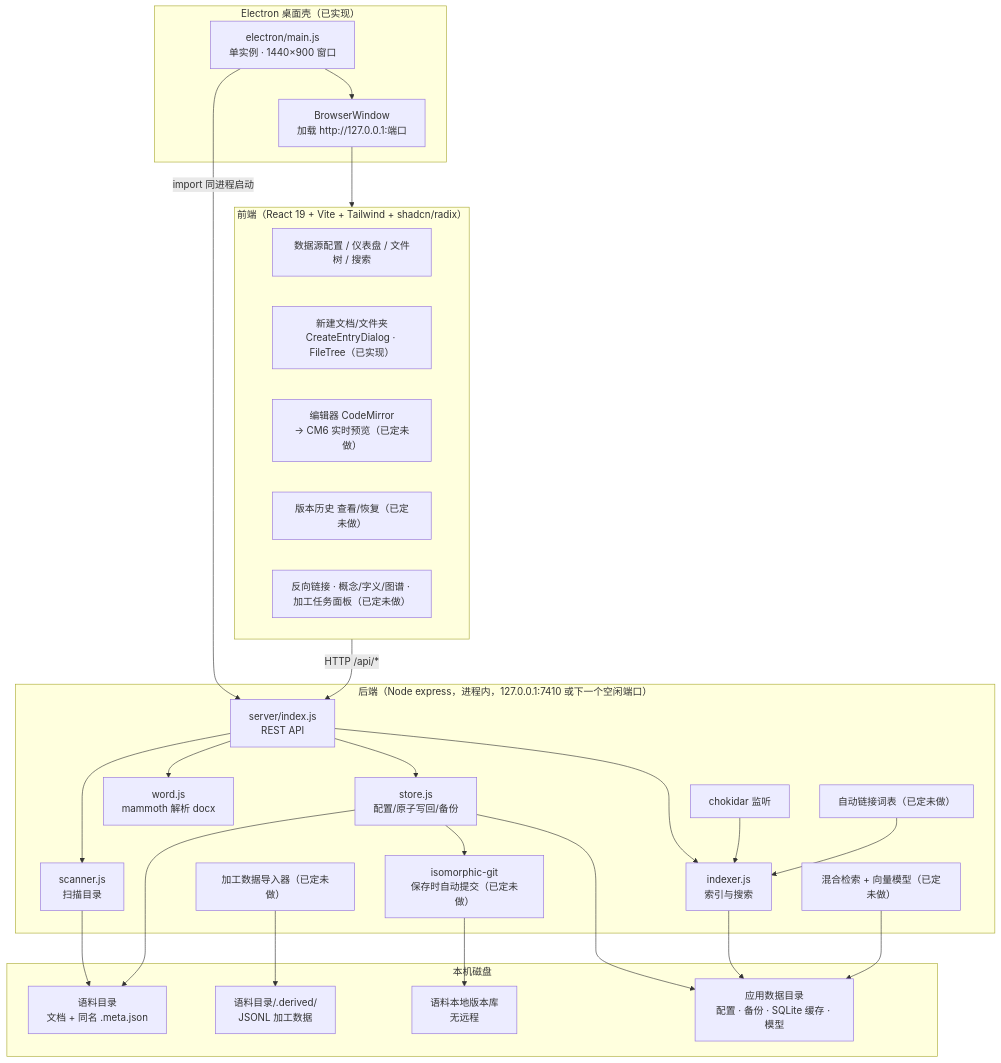
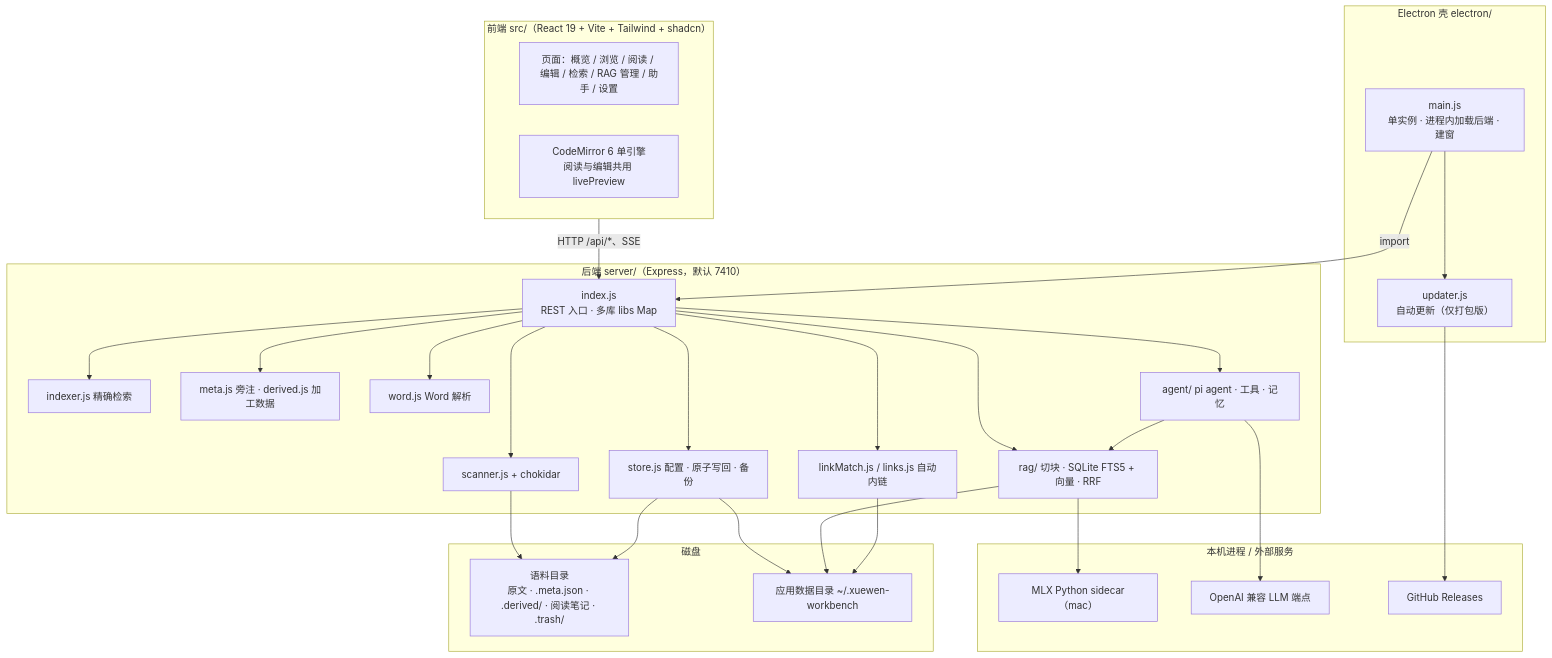
One commit to misakaikato/xuewen-workbench changed the diagram in docs/ARCHITECTURE.md. Above: the diagram before and after it, drawn with Mermaid. The commit also changed other lines of this file and 2 other files, not shown here.

````diff
--- a/docs/ARCHITECTURE.md
+++ b/docs/ARCHITECTURE.md
@@ -35,51 +45,48 @@
 ```mermaid
 flowchart TB
-  subgraph Electron["Electron 桌面壳（已实现）"]
-    Main["electron/main.js<br/>单实例 · 1440×900 窗口"]
-    Win["BrowserWindow<br/>加载 http://127.0.0.1:端口"]
+  subgraph Electron["Electron 壳 electron/"]
+    Main["main.js<br/>单实例 · 进程内加载后端 · 建窗"]
+    Upd["updater.js<br/>自动更新（仅打包版）"]
   end
 
-  subgraph FE["前端（React 19 + Vite + Tailwind + shadcn/radix）"]
-    UI["数据源配置 / 仪表盘 / 文件树 / 搜索"]
-    Create["新建文档/文件夹<br/>CreateEntryDialog · FileTree（已实现）"]
-    Editor["编辑器 CodeMirror<br/>→ CM6 实时预览（已定未做）"]
-    History["版本历史 查看/恢复（已定未做）"]
-    Panels["反向链接 · 概念/字义/图谱 · 加工任务面板（已定未做）"]
+  subgraph FE["前端 src/（React 19 + Vite + Tailwind + shadcn）"]
+    Pages["页面：概览 / 浏览 / 阅读 / 编辑 / 检索 / RAG 管理 / 助手 / 设置"]
+    CM["CodeMirror 6 单引擎<br/>阅读与编辑共用 livePreview"]
   end
 
-  subgraph BE["后端（Node express，进程内，127.0.0.1:7410 或下一个空闲端口）"]
-    API["server/index.js<br/>REST API"]
-    Scanner["scanner.js<br/>扫描目录"]
-    Indexer["indexer.js<br/>索引与搜索"]
-    Store["store.js<br/>配置/原子写回/备份"]
-    Word["word.js<br/>mammoth 解析 docx"]
-    Watch["chokidar 监听"]
-    RAG["混合检索 + 向量模型（已定未做）"]
-    Links["自动链接词表（已定未做）"]
-    Import["加工数据导入器（已定未做）"]
-    VC["isomorphic-git<br/>保存时自动提交（已定未做）"]
+  subgraph BE["后端 server/（Express，默认 7410）"]
+    API["index.js<br/>REST 入口 · 多库 libs Map"]
+    Scan["scanner.js + chokidar"]
+    Idx["indexer.js 精确检索"]
+    Links["linkMatch.js / links.js 自动内链"]
+    Meta["meta.js 旁注 · derived.js 加工数据"]
+    Store["store.js 配置 · 原子写回 · 备份"]
+    Word["word.js Word 解析"]
+    RAG["rag/ 切块 · SQLite FTS5 + 向量 · RRF"]
+    Agent["agent/ pi agent · 工具 · 记忆"]
   end
 
-  subgraph Disk["本机磁盘"]
-    Corpus["语料目录<br/>文档 + 同名 .meta.json"]
-    Xuewen["语料目录/.derived/<br/>JSONL 加工数据"]
-    CorpusGit["语料本地版本库<br/>无远程"]
-    AppData["应用数据目录<br/>配置 · 备份 · SQLite 缓存 · 模型"]
+  subgraph Ext["本机进程 / 外部服务"]
+    MLX["MLX Python sidecar（mac）"]
+    LLM["OpenAI 兼容 LLM 端点"]
+    GH["GitHub Releases"]
   end
 
-  Main -->|import 同进程启动| API
-  Main --> Win
-  Win --> FE
-  FE -->|HTTP /api/*| API
-  API --> Scanner & Indexer & Store & Word
-  Watch --> Indexer
-  Scanner --> Corpus
+  subgraph Disk["磁盘"]
+    Corpus["语料目录<br/>原文 · .meta.json · .derived/ · 阅读笔记 · .trash/"]
+    Data["应用数据目录 ~/.xuewen-workbench"]
+  end
+
+  Main -->|import| API
+  Main --> Upd --> GH
+  FE -->|HTTP /api/*、SSE| API
+  API --> Scan & Idx & Links & Meta & Store & Word & RAG & Agent
+  Scan --> Corpus
   Store --> Corpus
-  Store --> AppData
-  Indexer --> AppData
-  RAG --> AppData
-  Import --> Xuewen
-  Store --> VC
-  VC --> CorpusGit
-  Links --> Indexer
+  Store --> Data
+  RAG --> Data
+  RAG --> MLX
+  Agent --> LLM
+  Agent --> RAG
+  Links --> Data
 ```
````
